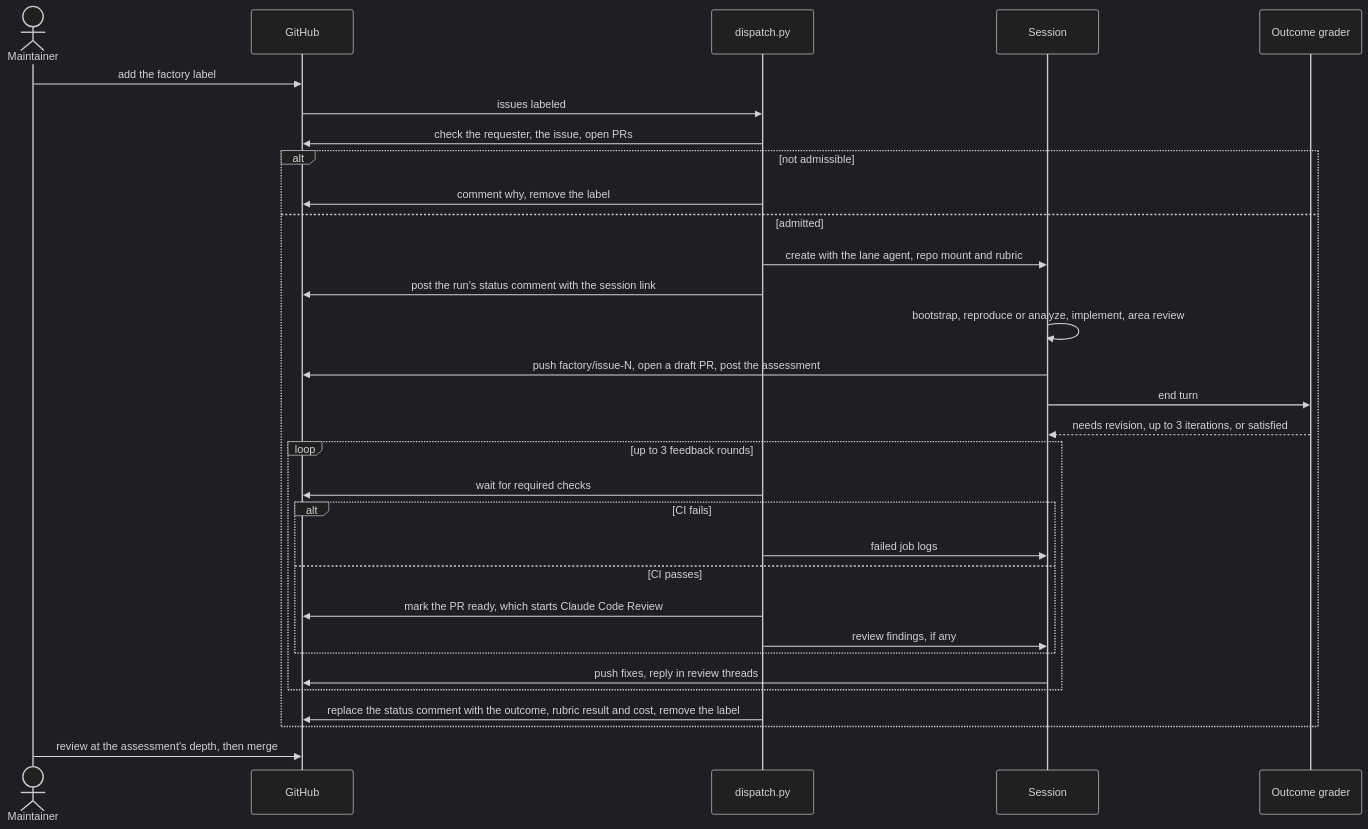
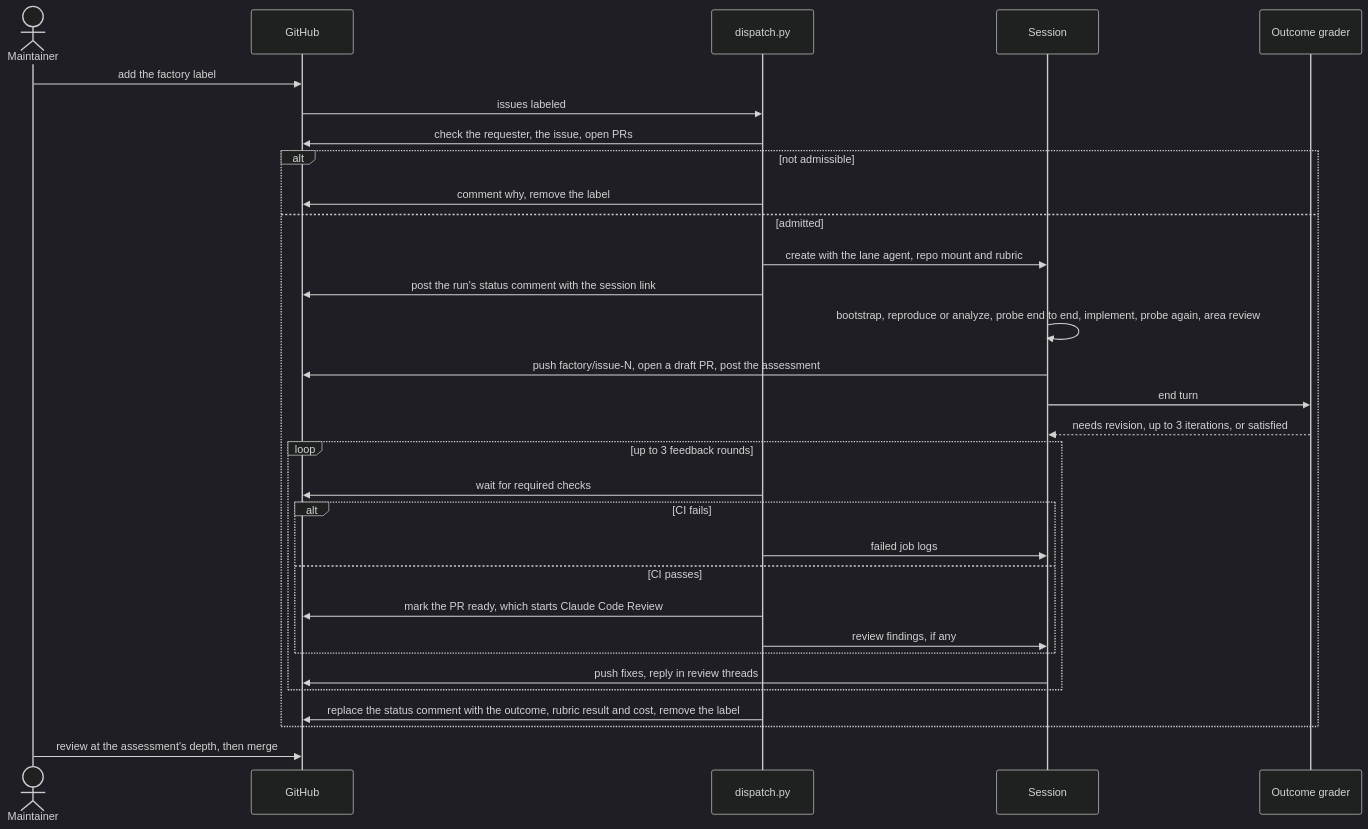
Before and after one commit to Arize-ai/phoenix: the second of 4 diagrams in factory/README.md, drawn with Mermaid (dark theme). The commit also changed other lines of this file and 6 other files, not shown here.

````diff
--- a/factory/README.md
+++ b/factory/README.md
@@ -60,34 +60,34 @@
 ```mermaid
 sequenceDiagram
   actor maintainer as Maintainer
   participant github as GitHub
   participant dispatch as dispatch.py
   participant session as Session
   participant grader as Outcome grader
 
   maintainer->>github: add the factory label
   github->>dispatch: issues labeled
   dispatch->>github: check the requester, the issue, open PRs
   alt not admissible
     dispatch->>github: comment why, remove the label
   else admitted
     dispatch->>session: create with the lane agent, repo mount and rubric
     dispatch->>github: post the run's status comment with the session link
-    session->>session: bootstrap, reproduce or analyze, implement, area review
+    session->>session: bootstrap, reproduce or analyze, probe end to end, implement, probe again, area review
     session->>github: push factory/issue-N, open a draft PR, post the assessment
     session->>grader: end turn
     grader-->>session: needs revision, up to 3 iterations, or satisfied
     loop up to 3 feedback rounds
       dispatch->>github: wait for required checks
       alt CI fails
         dispatch->>session: failed job logs
       else CI passes
         dispatch->>github: mark the PR ready, which starts Claude Code Review
         dispatch->>session: review findings, if any
       end
       session->>github: push fixes, reply in review threads
     end
     dispatch->>github: replace the status comment with the outcome, rubric result and cost, remove the label
   end
   maintainer->>github: review at the assessment's depth, then merge
 ```
````
